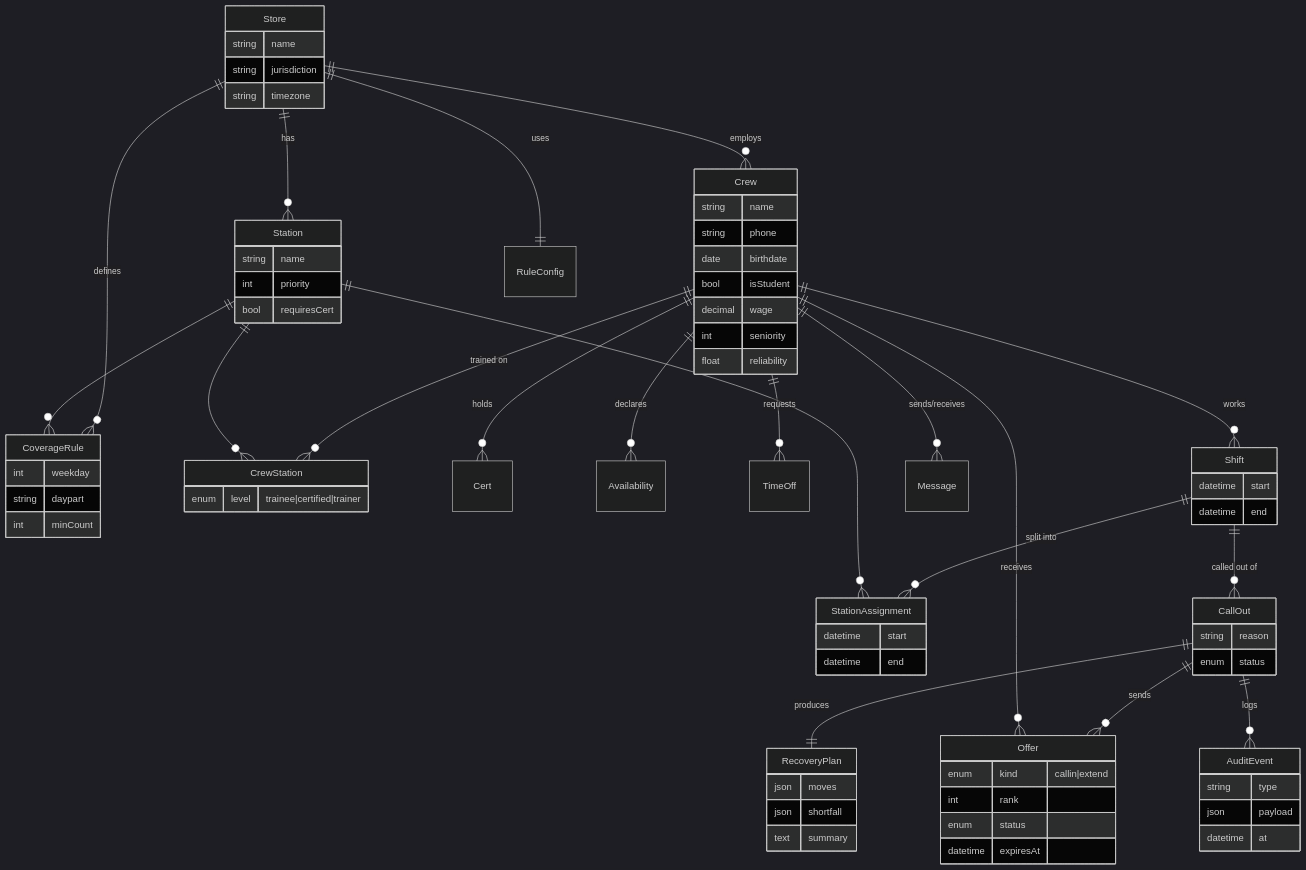
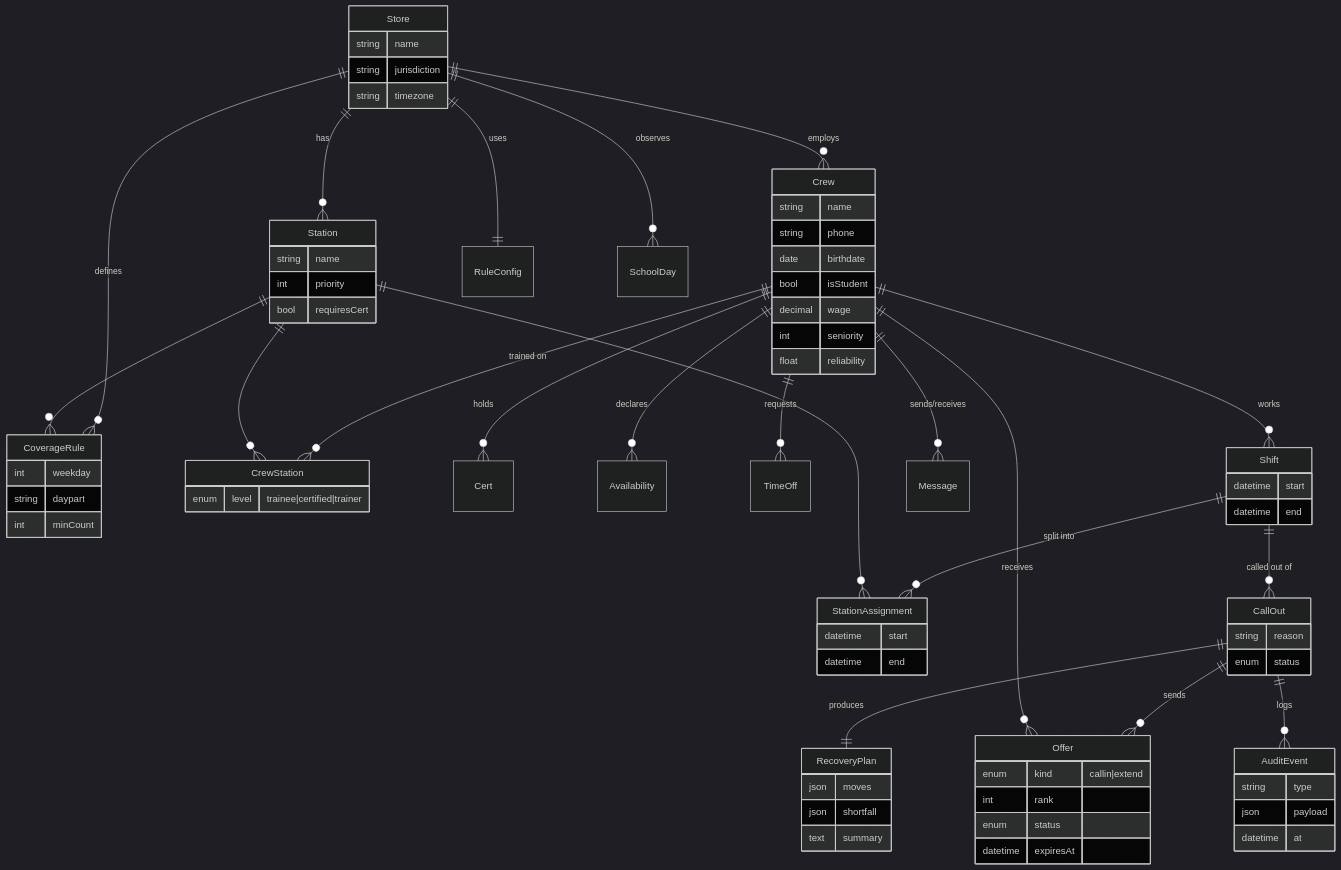
Before and after one commit to DonCastillo/Vultr-Hackathon: the sixth of 6 diagrams in plan/architecture.md, drawn with Mermaid (dark theme). The commit also changed 2 other files, not shown here.

Commit message:
Document data models and add SchoolDay entity to support youth scheduling rules
Introduces a comprehensive data model reference (models.md) documenting all 21 database tables, their columns, types, constraints, and relationships for the CrewShift system. Adds the `SchoolDay` table to track dates when youth labour rules apply, establishing the store-to-schoolday relationship in the architecture diagram. Updates the plan summary to reflect SchoolDay in the data model inventory.

The new documentation serves as the source of truth for the Prisma schema and supports implementation of school-day-specific restrictions for under-16 crew members (e.g., 3-hour shift limits, 7pm end time).

````diff
--- a/plan/architecture.md
+++ b/plan/architecture.md
@@ -199,34 +199,35 @@
 ```mermaid
 erDiagram
     Store ||--o{ Station : has
     Store ||--o{ Crew : employs
     Store ||--o{ CoverageRule : defines
     Store ||--|| RuleConfig : uses
+    Store ||--o{ SchoolDay : observes
     Crew ||--o{ CrewStation : "trained on"
     Station ||--o{ CrewStation : ""
     Crew ||--o{ Cert : holds
     Crew ||--o{ Availability : declares
     Crew ||--o{ TimeOff : requests
     Crew ||--o{ Shift : works
     Shift ||--o{ StationAssignment : "split into"
     Station ||--o{ StationAssignment : ""
     Station ||--o{ CoverageRule : ""
     Shift ||--o{ CallOut : "called out of"
     CallOut ||--|| RecoveryPlan : produces
     CallOut ||--o{ Offer : sends
     Crew ||--o{ Offer : receives
     CallOut ||--o{ AuditEvent : logs
     Crew ||--o{ Message : "sends/receives"
 
     Store { string name string jurisdiction string timezone }
     Station { string name int priority bool requiresCert }
     Crew { string name string phone date birthdate bool isStudent decimal wage int seniority float reliability }
     CrewStation { enum level "trainee|certified|trainer" }
     Shift { datetime start datetime end }
     StationAssignment { datetime start datetime end }
     CoverageRule { int weekday string daypart int minCount }
     CallOut { string reason enum status }
     RecoveryPlan { json moves json shortfall text summary }
     Offer { enum kind "callin|extend" int rank enum status datetime expiresAt }
     AuditEvent { string type json payload datetime at }
 ```
````
